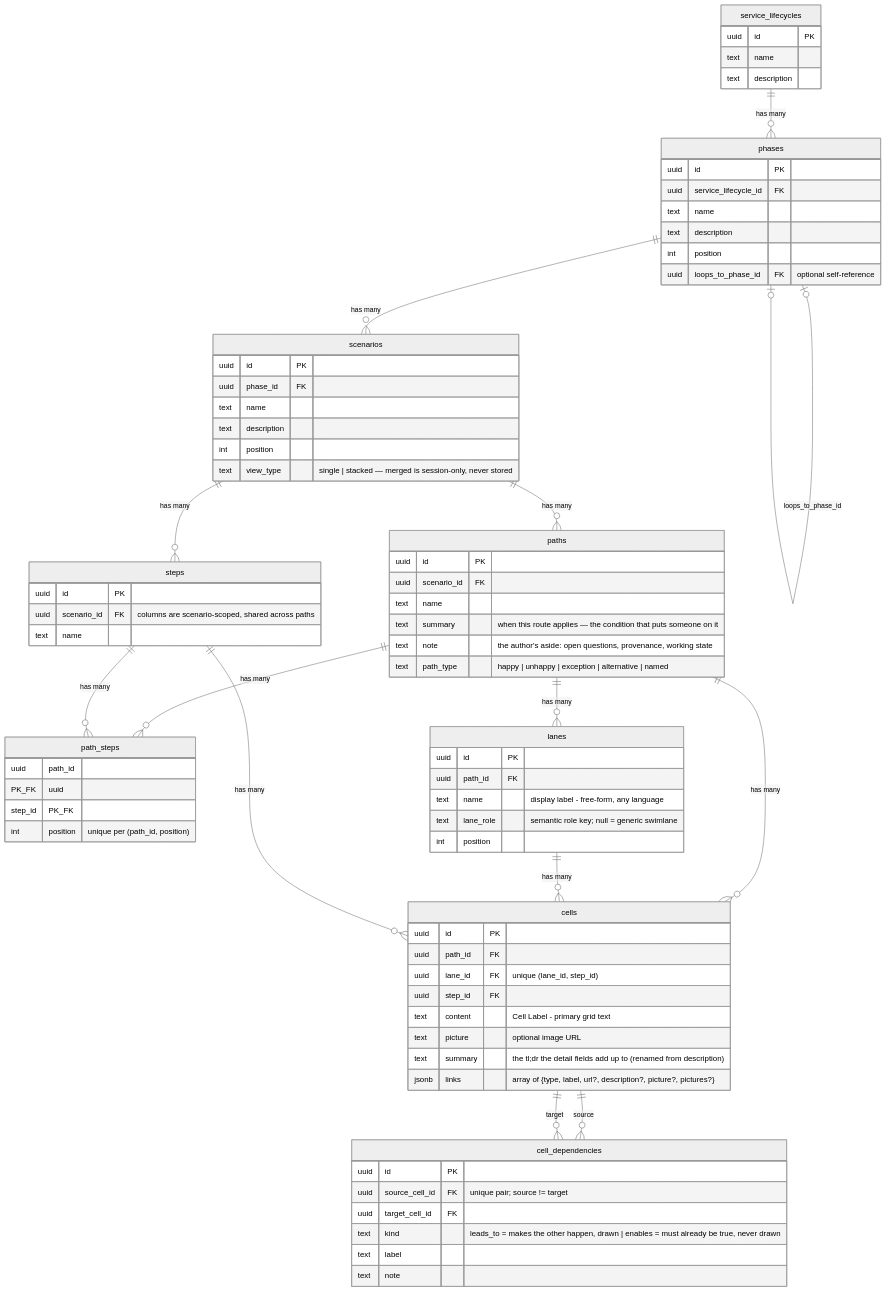
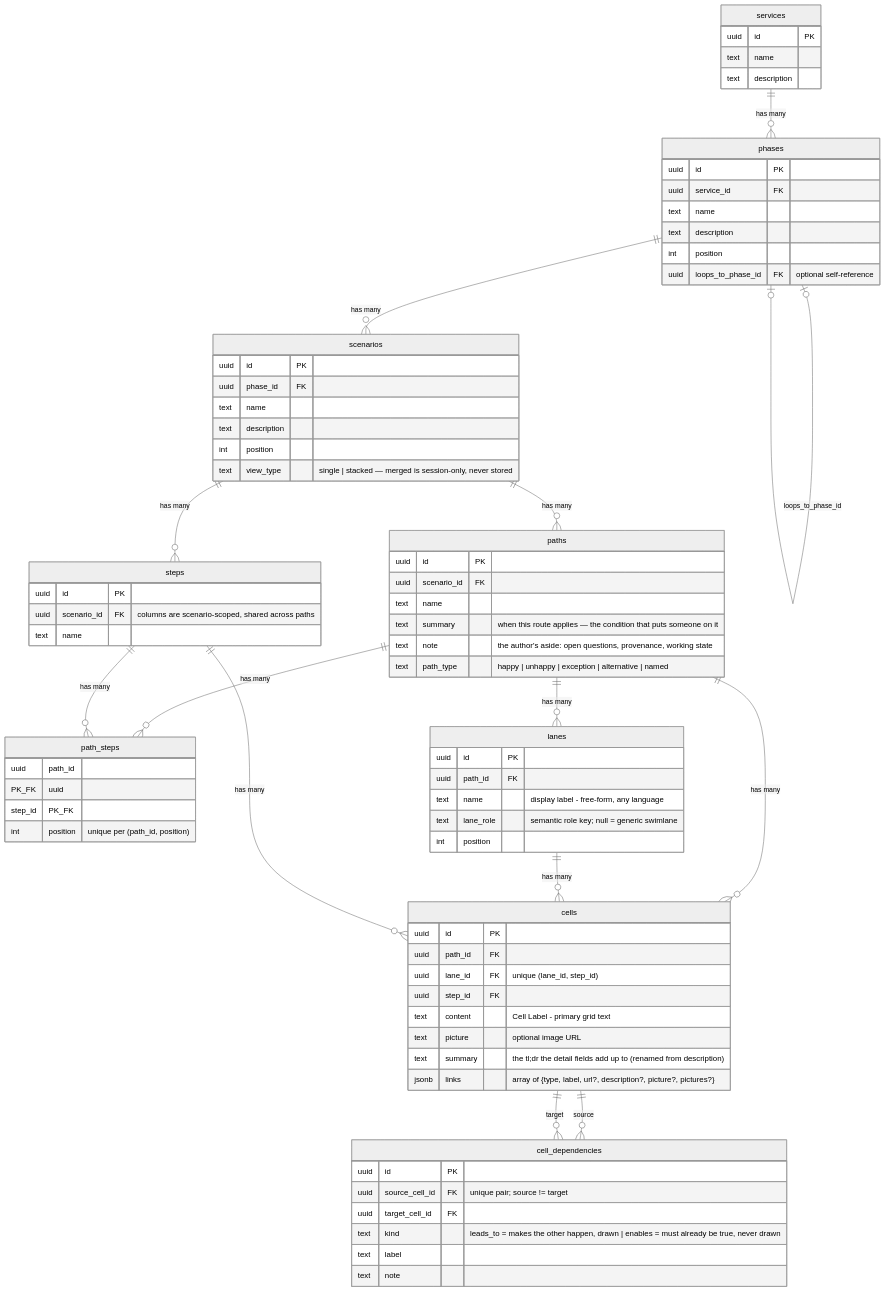
One commit to BilLogic/plus-uno-blueprint changed the diagram in src/lib/agent/skill/references/data-model.md. Above: the diagram before and after it, drawn with Mermaid (neutral theme). The commit also changed other lines of this file and 15 other files, not shown here.

````diff
--- a/src/lib/agent/skill/references/data-model.md
+++ b/src/lib/agent/skill/references/data-model.md
@@ -33,26 +33,26 @@
 ```mermaid
 erDiagram
-  service_lifecycles ||--o{ phases : "has many"
+  services ||--o{ phases : "has many"
   phases ||--o{ scenarios : "has many"
   phases |o--o| phases : "loops_to_phase_id"
   scenarios ||--o{ paths : "has many"
   scenarios ||--o{ steps : "has many"
   paths ||--o{ path_steps : "has many"
   steps ||--o{ path_steps : "has many"
   paths ||--o{ lanes : "has many"
   paths ||--o{ cells : "has many"
   lanes ||--o{ cells : "has many"
   steps ||--o{ cells : "has many"
   cells ||--o{ cell_dependencies : "source"
   cells ||--o{ cell_dependencies : "target"
 
-  service_lifecycles { uuid id PK  text name  text description }
-  phases { uuid id PK  uuid service_lifecycle_id FK  text name  text description  int position  uuid loops_to_phase_id FK "optional self-reference" }
+  services { uuid id PK  text name  text description }
+  phases { uuid id PK  uuid service_id FK  text name  text description  int position  uuid loops_to_phase_id FK "optional self-reference" }
   scenarios { uuid id PK  uuid phase_id FK  text name  text description  int position  text view_type "single | stacked — merged is session-only, never stored" }
   paths { uuid id PK  uuid scenario_id FK  text name  text summary "when this route applies — the condition that puts someone on it"  text note "the author's aside: open questions, provenance, working state"  text path_type "happy | unhappy | exception | alternative | named" }
   steps { uuid id PK  uuid scenario_id FK "columns are scenario-scoped, shared across paths"  text name }
   path_steps { uuid path_id PK_FK  uuid step_id PK_FK  int position "unique per (path_id, position)" }
   lanes { uuid id PK  uuid path_id FK  text name "display label - free-form, any language"  text lane_role "semantic role key; null = generic swimlane"  int position }
   cells { uuid id PK  uuid path_id FK  uuid lane_id FK "unique (lane_id, step_id)"  uuid step_id FK  text content "Cell Label - primary grid text"  text picture "optional image URL"  text summary "the tl;dr the detail fields add up to (renamed from description)"  jsonb links "array of {type, label, url?, description?, picture?, pictures?}" }
   cell_dependencies { uuid id PK  uuid source_cell_id FK "unique pair; source != target"  uuid target_cell_id FK  text kind "leads_to = makes the other happen, drawn | enables = must already be true, never drawn"  text label  text note }
 ```
````
